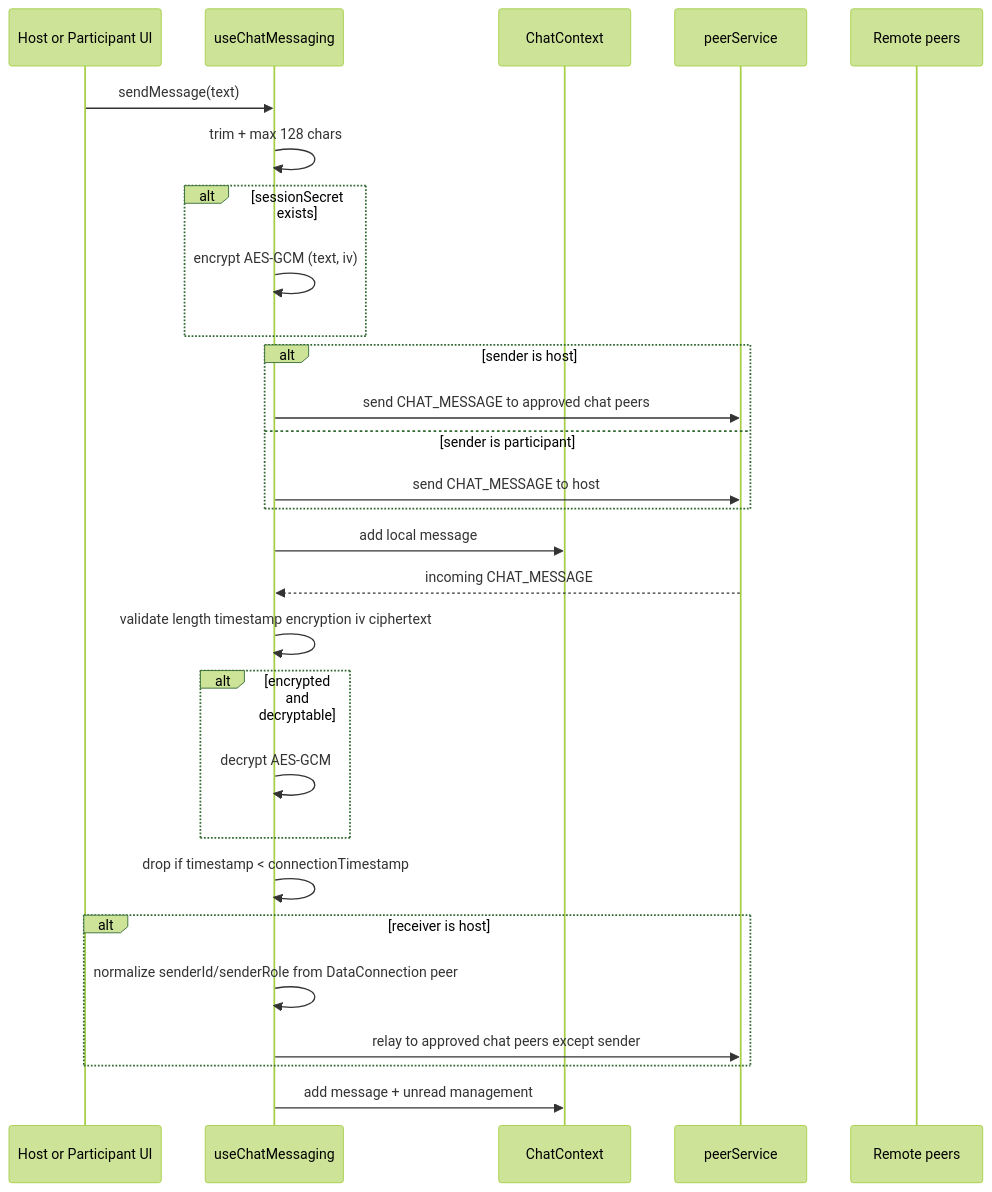
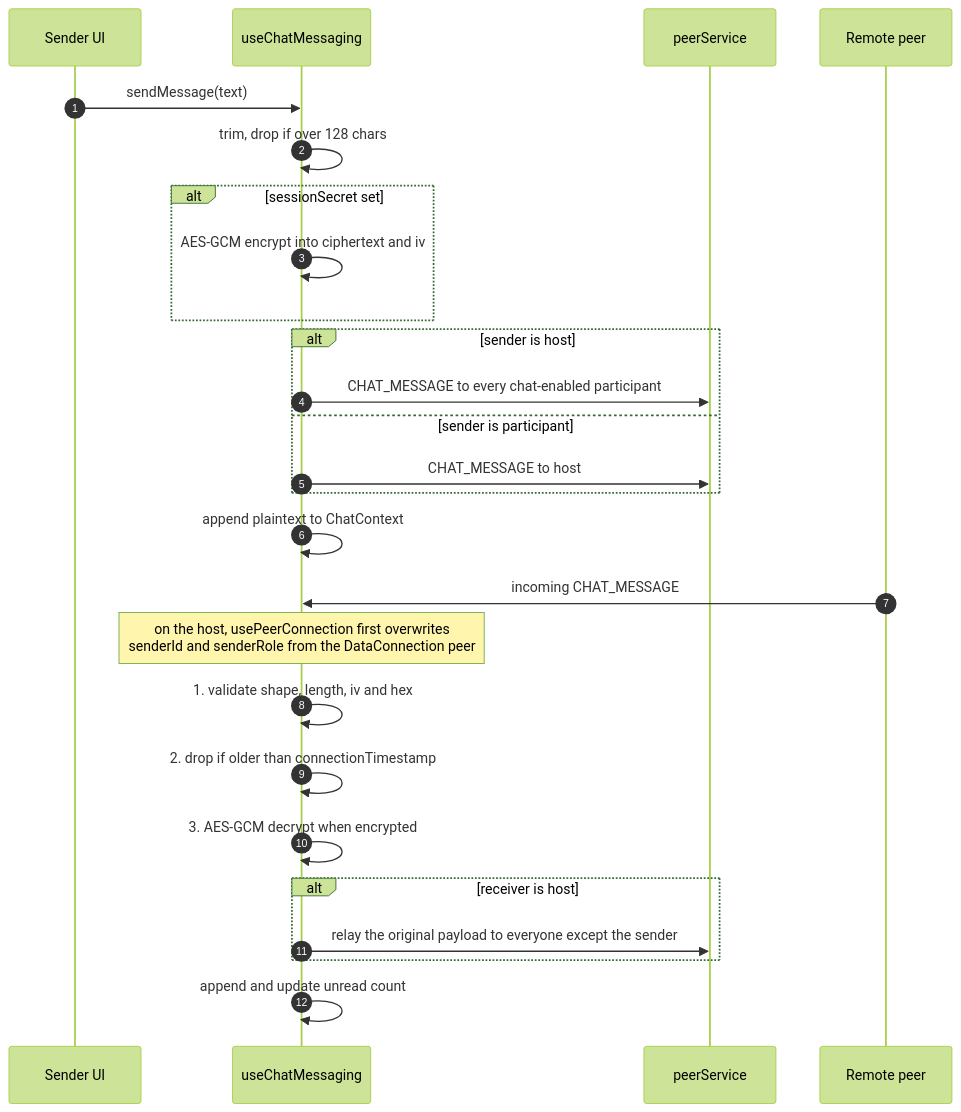
One commit to BackGwa/Perspective changed the fourth of 8 diagrams in ARCHITECTURE.md. Above: the diagram before and after it, drawn with Mermaid (forest theme). The commit also changed other lines of this file, not shown here.

First line of the commit message:
docs(architecture): correct diagrams and add state machines

````diff
--- a/ARCHITECTURE.md
+++ b/ARCHITECTURE.md
@@ -85,32 +114,30 @@
 ```mermaid
 sequenceDiagram
-    participant Sender as Host or Participant UI
-    participant Hook as useChatMessaging
-    participant Ctx as ChatContext
+    autonumber
+    participant U as Sender UI
+    participant CM as useChatMessaging
     participant PS as peerService
-    participant Receiver as Remote peers
+    participant R as Remote peer
 
-    Sender->>Hook: sendMessage(text)
-    Hook->>Hook: trim + max 128 chars
-    alt sessionSecret exists
-        Hook->>Hook: encrypt AES-GCM (text, iv)
+    U->>CM: sendMessage(text)
+    CM->>CM: trim, drop if over 128 chars
+    alt sessionSecret set
+        CM->>CM: AES-GCM encrypt into ciphertext and iv
     end
     alt sender is host
-        Hook->>PS: send CHAT_MESSAGE to approved chat peers
+        CM->>PS: CHAT_MESSAGE to every chat-enabled participant
     else sender is participant
-        Hook->>PS: send CHAT_MESSAGE to host
+        CM->>PS: CHAT_MESSAGE to host
     end
-    Hook->>Ctx: add local message
+    CM->>CM: append plaintext to ChatContext
 
-    PS-->>Hook: incoming CHAT_MESSAGE
-    Hook->>Hook: validate length timestamp encryption iv ciphertext
-    alt encrypted and decryptable
-        Hook->>Hook: decrypt AES-GCM
+    R->>CM: incoming CHAT_MESSAGE
+    Note over CM: on the host, usePeerConnection first overwrites<br/>senderId and senderRole from the DataConnection peer
+    CM->>CM: 1. validate shape, length, iv and hex
+    CM->>CM: 2. drop if older than connectionTimestamp
+    CM->>CM: 3. AES-GCM decrypt when encrypted
+    alt receiver is host
+        CM->>PS: relay the original payload to everyone except the sender
     end
-    Hook->>Hook: drop if timestamp < connectionTimestamp
-    alt receiver is host
-        Hook->>Hook: normalize senderId/senderRole from DataConnection peer
-        Hook->>PS: relay to approved chat peers except sender
-    end
-    Hook->>Ctx: add message + unread management
+    CM->>CM: append and update unread count
 ```
````
